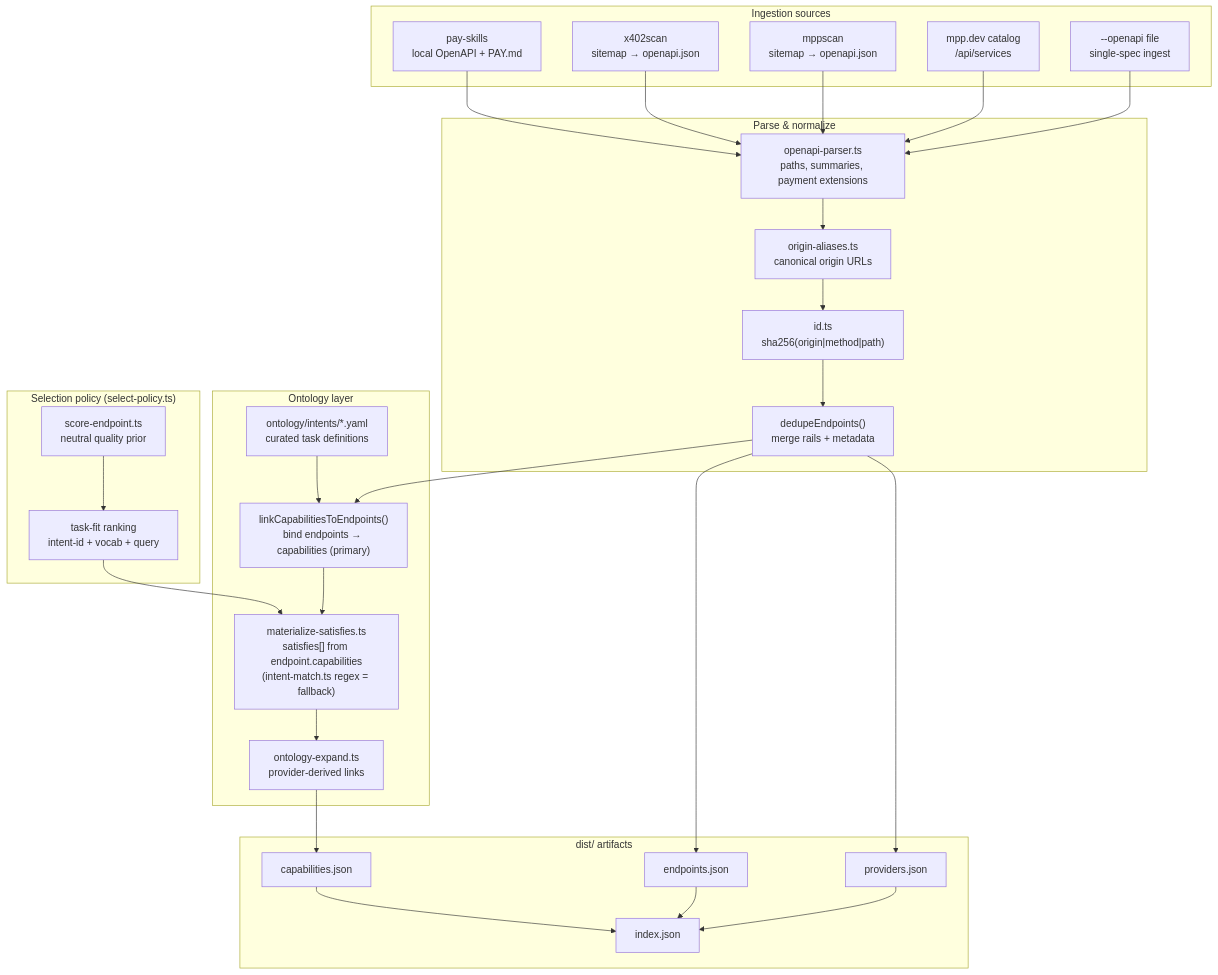
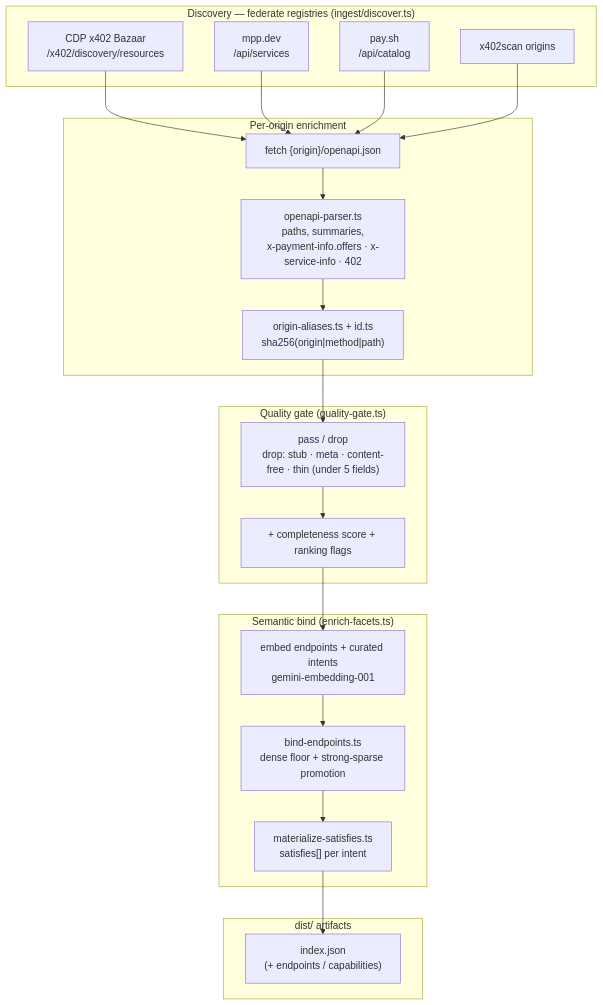
Before and after one commit to Syntalic/OASIS: the second of 5 diagrams in ARCHITECTURE.md, drawn with Mermaid. The commit also changed other lines of this file and 3 other files, not shown here.

First line of the commit message:
docs: OpenAPI authoring best-practices + refresh ARCHITECTURE/README

````diff
--- a/ARCHITECTURE.md
+++ b/ARCHITECTURE.md
@@ -64,55 +64,38 @@
 ```mermaid
 flowchart TB
-  subgraph sources["Ingestion sources"]
-    PS["pay-skills<br/>local OpenAPI + PAY.md"]
-    X4["x402scan<br/>sitemap → openapi.json"]
-    MS["mppscan<br/>sitemap → openapi.json"]
-    MC["mpp.dev catalog<br/>/api/services"]
-    OA["--openapi file<br/>single-spec ingest"]
+  subgraph discovery["Discovery — federate registries (ingest/discover.ts)"]
+    BZ["CDP x402 Bazaar<br/>/x402/discovery/resources"]
+    MC["mpp.dev<br/>/api/services"]
+    PSH["pay.sh<br/>/api/catalog"]
+    X4["x402scan origins"]
   end
 
-  subgraph parse["Parse & normalize"]
-    OP["openapi-parser.ts<br/>paths, summaries, payment extensions"]
-    AL["origin-aliases.ts<br/>canonical origin URLs"]
-    ID["id.ts<br/>sha256(origin|method|path)"]
-    DD["dedupeEndpoints()<br/>merge rails + metadata"]
+  subgraph enrich["Per-origin enrichment"]
+    OJ["fetch {origin}/openapi.json"]
+    OP["openapi-parser.ts<br/>paths, summaries,<br/>x-payment-info.offers · x-service-info · 402"]
+    ID["origin-aliases.ts + id.ts<br/>sha256(origin|method|path)"]
   end
 
-  subgraph ontology["Ontology layer"]
-    YAML["ontology/intents/*.yaml<br/>curated task definitions"]
-    LINK["linkCapabilitiesToEndpoints()<br/>bind endpoints → capabilities (primary)"]
-    MAT["materialize-satisfies.ts<br/>satisfies[] from endpoint.capabilities<br/>(intent-match.ts regex = fallback)"]
-    EXP["ontology-expand.ts<br/>provider-derived links"]
+  subgraph gate["Quality gate (quality-gate.ts)"]
+    G["pass / drop<br/>drop: stub · meta · content-free · thin (under 5 fields)"]
+    CS["+ completeness score + ranking flags"]
   end
 
-  subgraph score["Selection policy (select-policy.ts)"]
-    SE["score-endpoint.ts<br/>neutral quality prior"]
-    SP["task-fit ranking<br/>intent-id + vocab + query"]
+  subgraph bind["Semantic bind (enrich-facets.ts)"]
+    EM["embed endpoints + curated intents<br/>gemini-embedding-001"]
+    BE["bind-endpoints.ts<br/>dense floor + strong-sparse promotion"]
+    MAT["materialize-satisfies.ts<br/>satisfies[] per intent"]
   end
 
   subgraph out["dist/ artifacts"]
-    EJ["endpoints.json"]
-    CJ["capabilities.json"]
-    PJ["providers.json"]
-    IJ["index.json"]
+    IJ["index.json<br/>(+ endpoints / capabilities)"]
   end
 
-  PS --> OP
-  X4 --> OP
-  MS --> OP
-  MC --> OP
-  OA --> OP
-  OP --> AL --> ID --> DD
-
-  YAML --> LINK
-  DD --> LINK
-  LINK --> MAT --> EXP
-  SE --> SP --> MAT
-
-  DD --> EJ
-  EXP --> CJ
-  DD --> PJ
-  EJ --> IJ
-  CJ --> IJ
-  PJ --> IJ
+  BZ --> OJ
+  MC --> OJ
+  PSH --> OJ
+  X4 --> OJ
+  OJ --> OP --> ID --> G
+  G --> CS
+  CS --> EM --> BE --> MAT --> IJ
 ```
````
